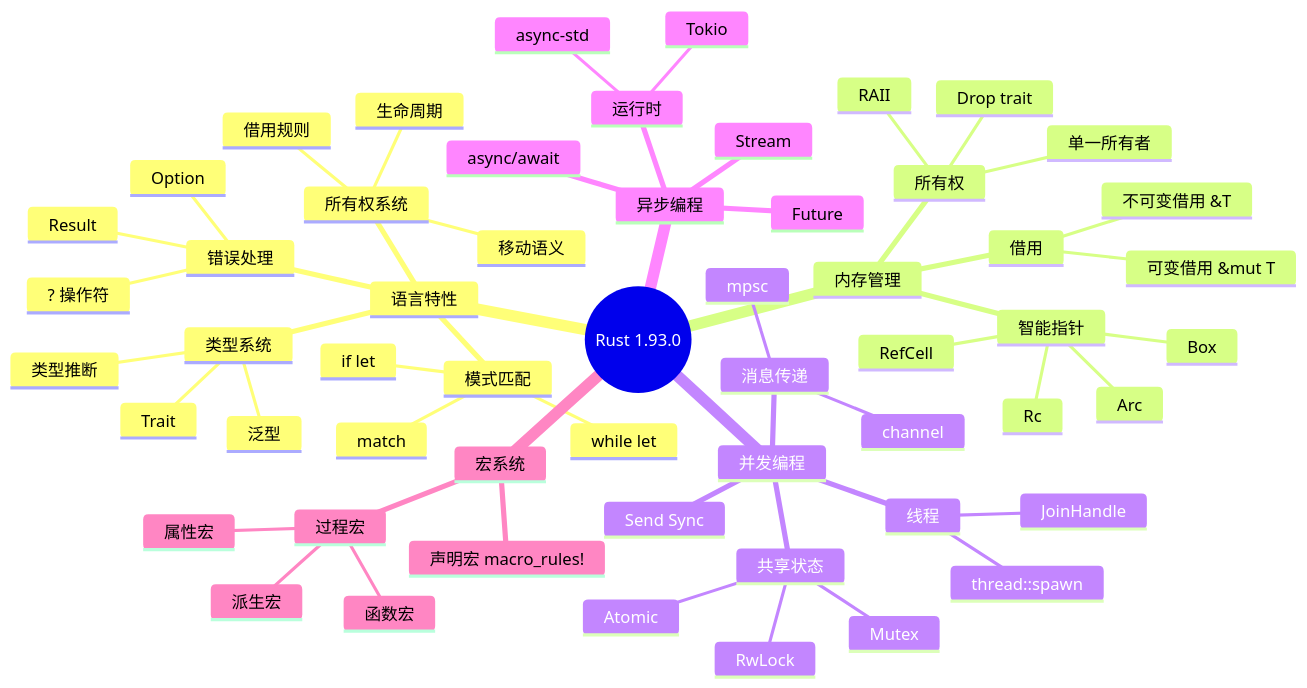
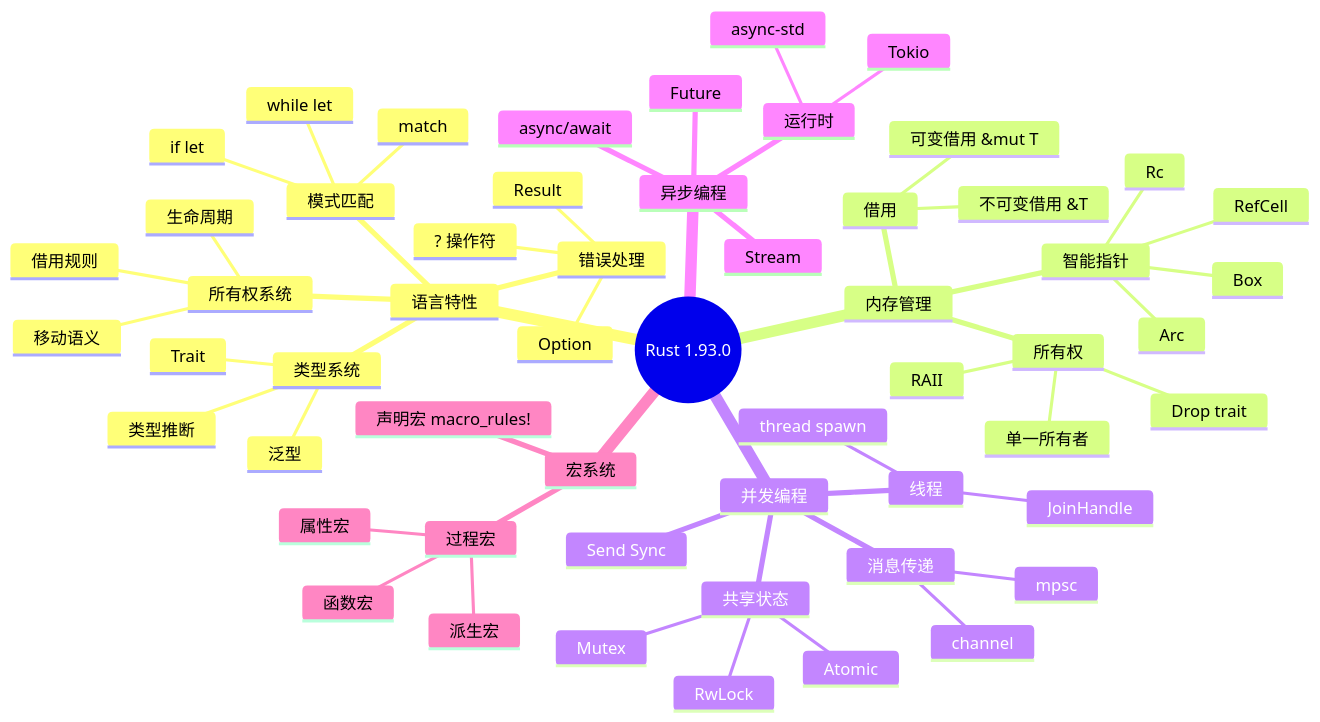
One commit to martin-ly/rust-lang changed the first of 30 diagrams in docs/04_thinking/04_thinking_representation_methods.md. Above: the diagram before and after it, drawn with Mermaid. The commit also changed other lines of this file and 97 other files, not shown here.

````diff
--- a/docs/04_thinking/04_thinking_representation_methods.md
+++ b/docs/04_thinking/04_thinking_representation_methods.md
@@ -105,59 +105,59 @@
 ```mermaid
 mindmap
   root((Rust 1.93.0))
     语言特性
       所有权系统
         移动语义
         借用规则
         生命周期
       类型系统
         泛型
         Trait
         类型推断
       模式匹配
         match
         if let
         while let
       错误处理
         Result
         Option
         ? 操作符
     内存管理
       所有权
         单一所有者
         RAII
         Drop trait
       借用
         不可变借用 &T
         可变借用 &mut T
       智能指针
         Box<T>
         Rc<T>
         Arc<T>
         RefCell<T>
     并发编程
       线程
-        thread::spawn
+        thread spawn
         JoinHandle
       消息传递
         mpsc
         channel
       共享状态
         Mutex
         RwLock
         Atomic
       Send Sync
     异步编程
       Future
       async/await
       运行时
         Tokio
         async-std
       Stream
     宏系统
       声明宏 macro_rules!
       过程宏
         派生宏
         属性宏
         函数宏
 ```
````
